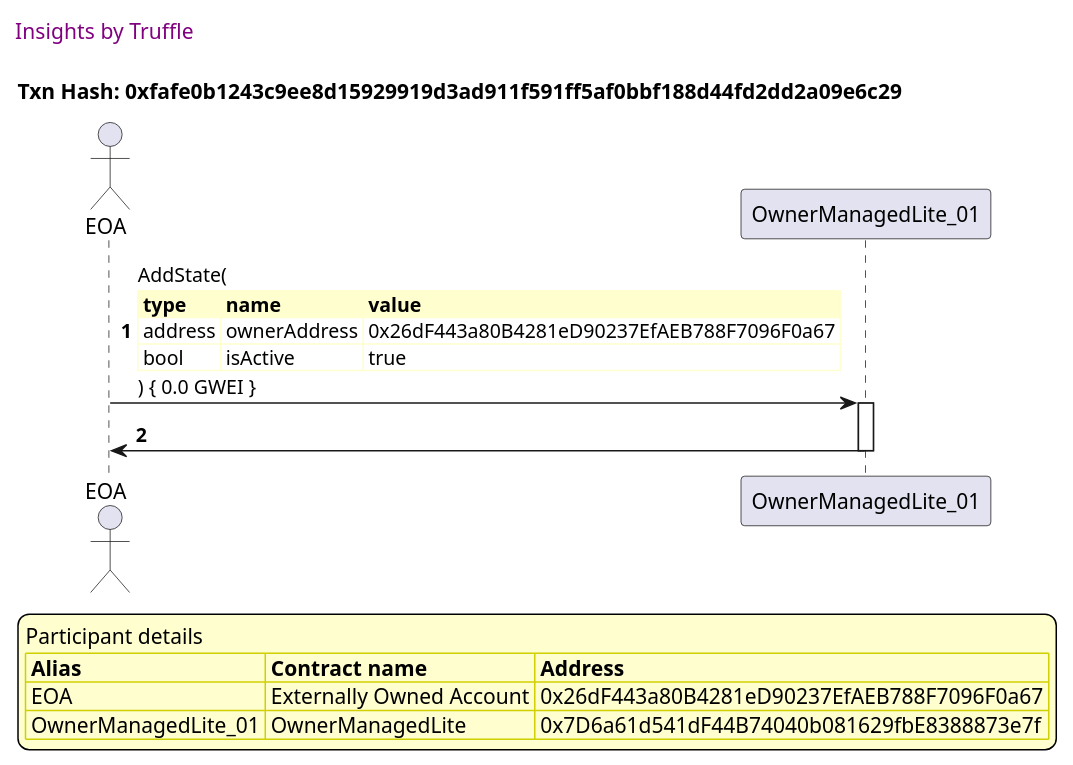
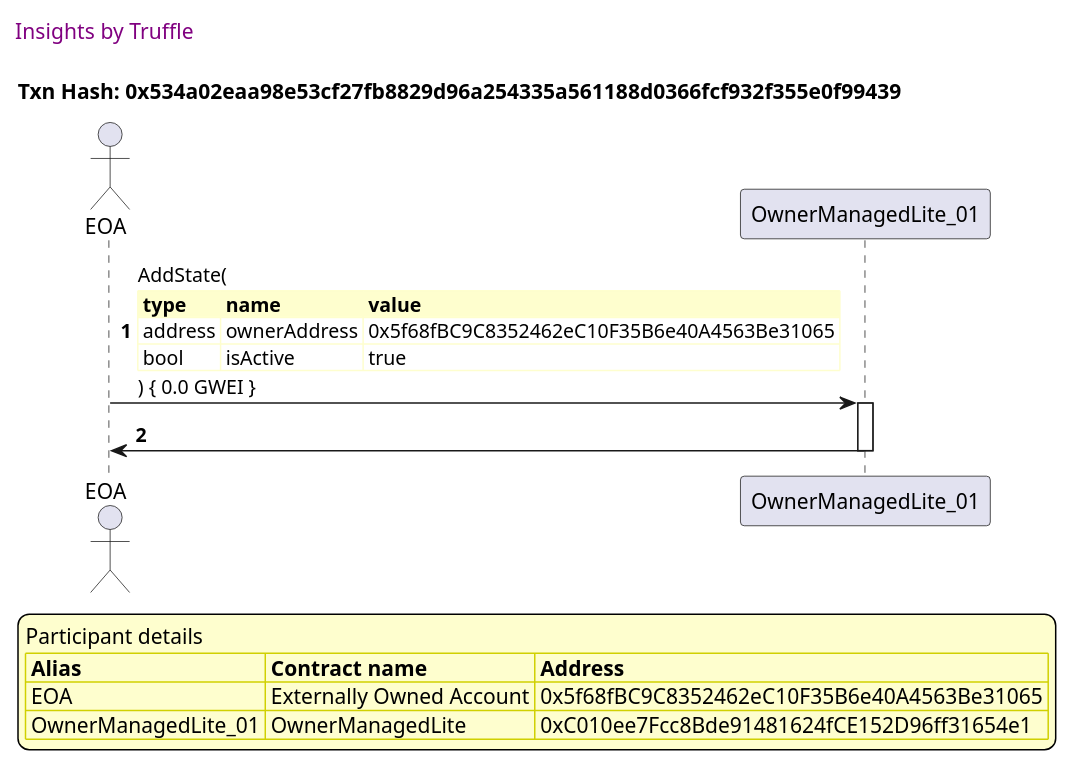
Before and after one commit to thedarkjester/ConsensysAssignment: the second of 16 diagrams in truffle-seq/OwnerManagedLite_test_activate_deactivate_dapp.md, drawn with PlantUML. The commit also changed other lines of this file and 13 other files, not shown here.

````diff
--- a/truffle-seq/OwnerManagedLite_test_activate_deactivate_dapp.md
+++ b/truffle-seq/OwnerManagedLite_test_activate_deactivate_dapp.md
@@ -56,41 +56,41 @@
 ```plantuml
 
 
 @startuml
 
 autonumber
 skinparam legendBackgroundColor #FEFECE
 
 <style>
       header {
         HorizontalAlignment left
         FontColor purple
         FontSize 14
         Padding 10
       }
     </style>
 
 header Insights by Truffle
 
-title Txn Hash: 0xfafe0b1243c9ee8d15929919d3ad911f591ff5af0bbf188d44fd2dd2a09e6c29
+title Txn Hash: 0x534a02eaa98e53cf27fb8829d96a254335a561188d0366fcf932f355e0f99439
 
 
 actor EOA as "EOA"
 participant OwnerManagedLite_01 as "OwnerManagedLite_01"
 
 "EOA" -> "OwnerManagedLite_01" ++: AddState(\n\
 <#FEFECE,#FEFECE>|= type |= name |= value |\n\
-| address | ownerAddress | 0x26dF443a80B4281eD90237EfAEB788F7096F0a67 |\n\
+| address | ownerAddress | 0x5f68fBC9C8352462eC10F35B6e40A4563Be31065 |\n\
 | bool | isActive | true |\n\
 ) { 0.0 GWEI }
 "OwnerManagedLite_01" -> "EOA" --: 
 
 legend
 Participant details
 <#FEFECE,#D0D000>|= Alias |= Contract name |= Address |
-<#FEFECE>| EOA | Externally Owned Account | 0x26dF443a80B4281eD90237EfAEB788F7096F0a67 |
-<#FEFECE>| OwnerManagedLite_01 | OwnerManagedLite | 0x7D6a61d541dF44B74040b081629fbE8388873e7f |
+<#FEFECE>| EOA | Externally Owned Account | 0x5f68fBC9C8352462eC10F35B6e40A4563Be31065 |
+<#FEFECE>| OwnerManagedLite_01 | OwnerManagedLite | 0xC010ee7Fcc8Bde91481624fCE152D96ff31654e1 |
 endlegend
 
 @enduml
 ```
````
